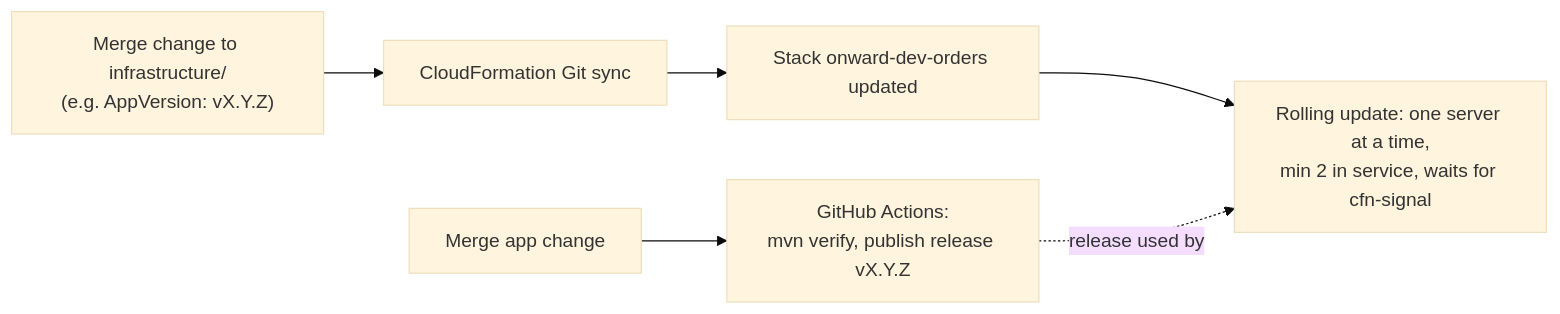
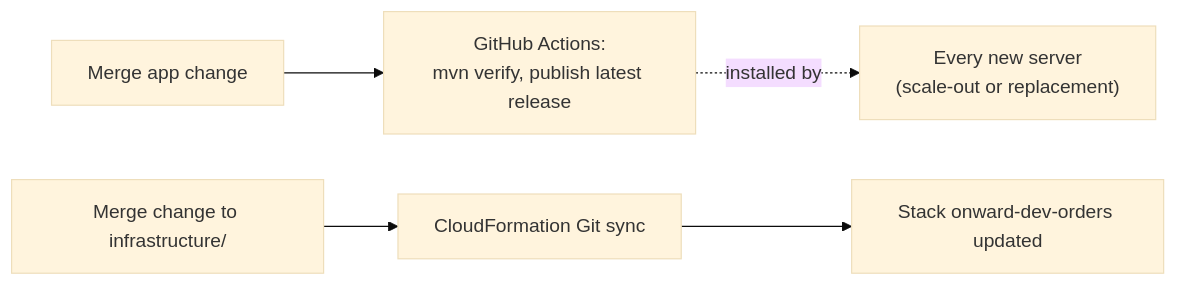
Before and after one commit to jadofils/week3-aws-lab1-compute-server-container-practical-solution: the fourth of 4 diagrams in docs/architecture/README.md, drawn with Mermaid (base theme). The commit also changed other lines of this file and 7 other files, not shown here.

Commit message:
docs: align docs and diagram with the simplified template

````diff
--- a/docs/architecture/README.md
+++ b/docs/architecture/README.md
@@ -103,8 +98,7 @@
 ```mermaid
 flowchart LR
-  appchg[Merge app change] --> gha["GitHub Actions:<br/>mvn verify, publish release vX.Y.Z"]
-  infchg["Merge change to infrastructure/<br/>(e.g. AppVersion: vX.Y.Z)"] --> gs[CloudFormation Git sync]
+  appchg[Merge app change] --> gha["GitHub Actions:<br/>mvn verify, publish latest release"]
+  gha -. installed by .-> boot["Every new server<br/>(scale-out or replacement)"]
+  infchg[Merge change to infrastructure/] --> gs[CloudFormation Git sync]
   gs --> stack["Stack onward-dev-orders updated"]
-  stack --> roll["Rolling update: one server at a time,<br/>min 2 in service, waits for cfn-signal"]
-  gha -. release used by .-> roll
 ```
````
